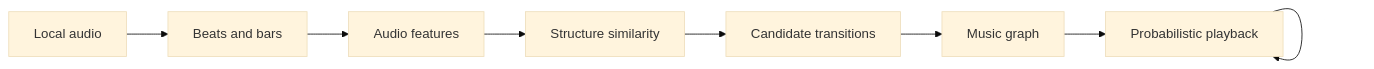
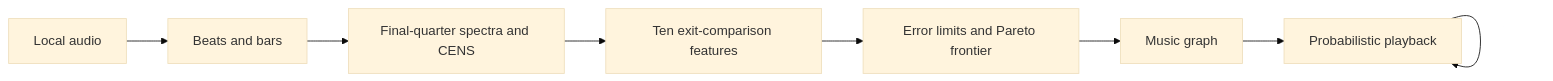
One commit to BorgXQ/continuo changed the diagram in README.md. Above: the diagram before and after it, drawn with Mermaid (base theme). The commit also changed other lines of this file, not shown here.

````diff
--- a/README.md
+++ b/README.md
@@ -62,10 +62,10 @@
 ```mermaid
 flowchart LR
     A[Local audio] --> B[Beats and bars]
-    B --> C[Audio features]
-    C --> D[Structure similarity]
-    D --> E[Candidate transitions]
+    B --> C[Final-quarter spectra and CENS]
+    C --> D[Ten exit-comparison features]
+    D --> E[Error limits and Pareto frontier]
     E --> F[Music graph]
     F --> G[Probabilistic playback]
     G --> G
 ```
````
